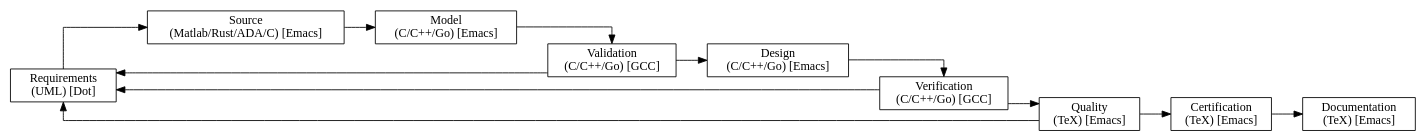
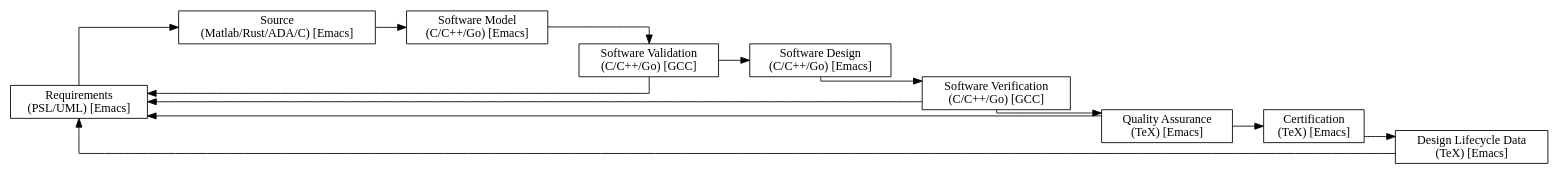
Before and after one commit to PacoReinaCampo/MPSoC-OR1K: the diagram in doc/devops/assets/chapter1/software-project.dot, drawn with Graphviz. The commit also changed 2449 other files, not shown here.

```diff
--- a/doc/devops/assets/chapter1/software-project.dot
+++ b/doc/devops/assets/chapter1/software-project.dot
@@ -1,31 +1,32 @@
 digraph Project {
   // Introduction
   graph [rankdir = LR, splines=ortho];
   node[shape=record];
 
   // Blocks
-  Requirements[label="Requirements \n(UML) [Dot]"];
+  Requirements[label="Requirements \n(PSL/UML) [Emacs]"];
   Source[label="Source \n(Matlab/Rust/ADA/C) [Emacs]"];
-  Model[label="Model \n(C/C++/Go) [Emacs]"];
-  Validation[label="Validation \n(C/C++/Go) [GCC]"];
-  Design[label="Design \n(C/C++/Go) [Emacs]"];
-  Verification[label="Verification \n(C/C++/Go) [GCC]"];
-  Quality[label="Quality \n(TeX) [Emacs]"];
+  Model[label="Software Model \n(C/C++/Go) [Emacs]"];
+  Validation[label="Software Validation \n(C/C++/Go) [GCC]"];
+  Design[label="Software Design \n(C/C++/Go) [Emacs]"];
+  Verification[label="Software Verification \n(C/C++/Go) [GCC]"];
+  Quality[label="Quality Assurance \n(TeX) [Emacs]"];
   Certification[label="Certification \n(TeX) [Emacs]"];
-  Documentation[label="Documentation \n(TeX) [Emacs]"];
+  Lifecycle[label="Design Lifecycle Data \n(TeX) [Emacs]"];
 
   // Sequence
   Requirements -> Source;
   Source -> Model;
   Model -> Validation;
   Validation -> Design;
   Design -> Verification;
   Verification -> Quality;
   Quality -> Certification;
-  Certification -> Documentation;
+  Certification -> Lifecycle;
+  Lifecycle -> Requirements;
 
   // Feedback
   Validation -> Requirements;
   Verification -> Requirements;
   Quality -> Requirements;
 }
```
